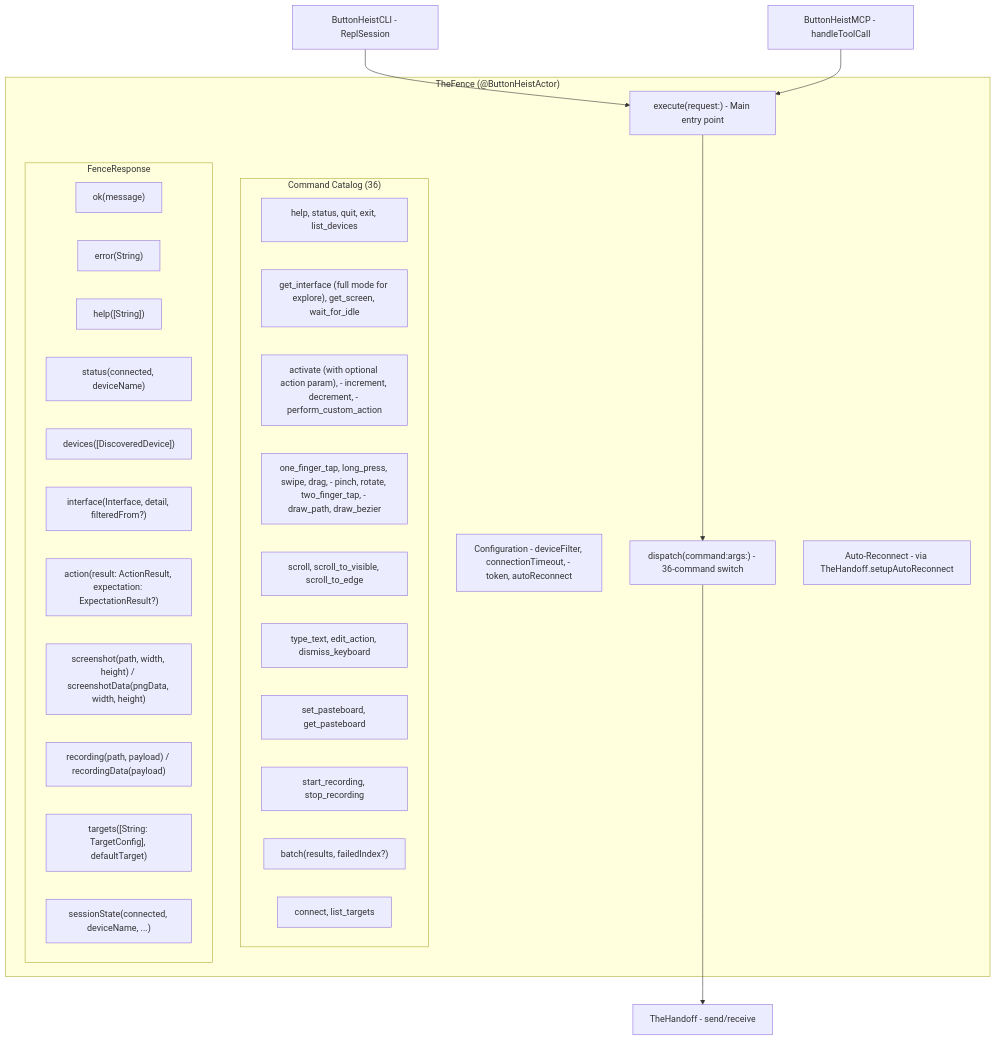
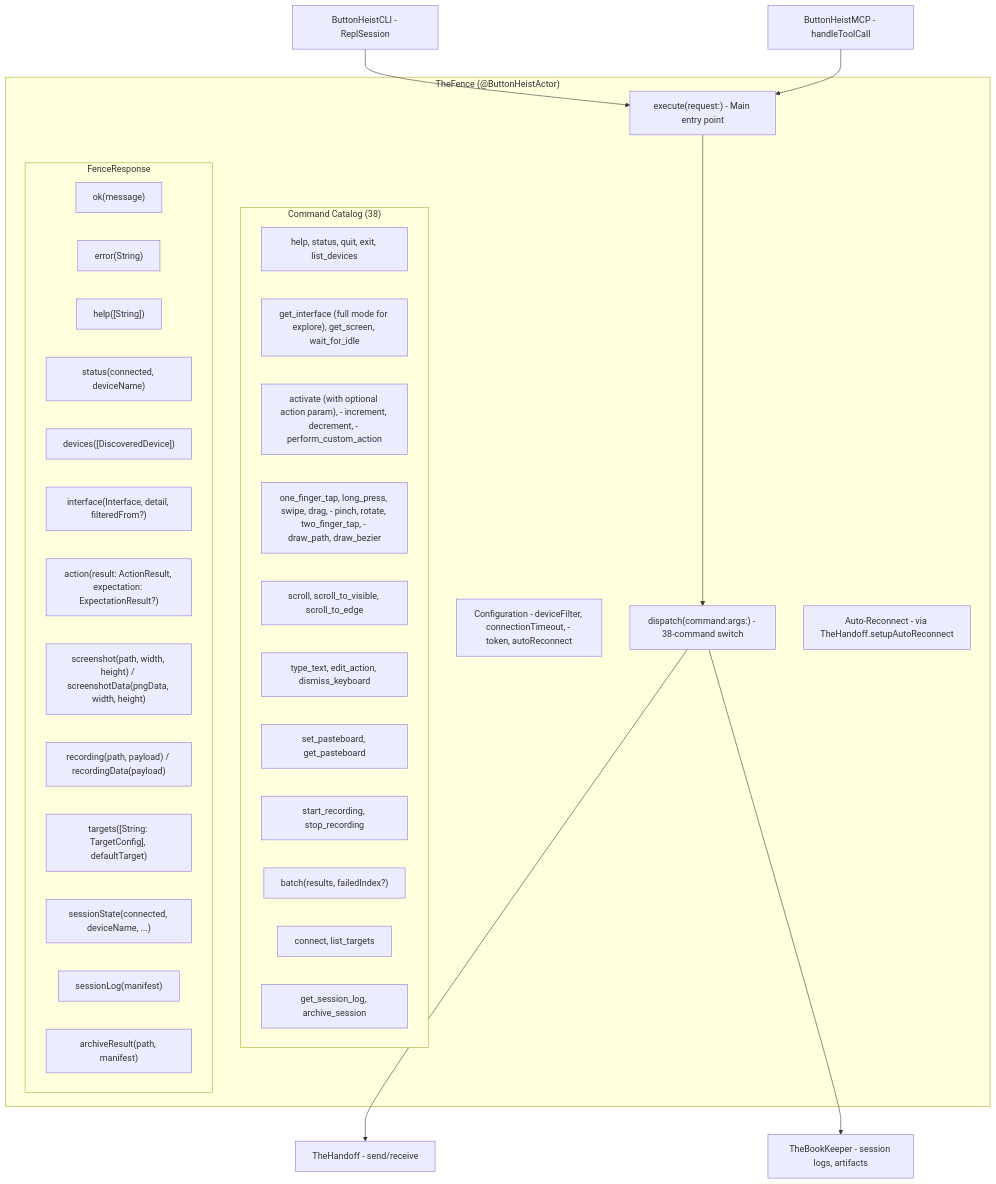
Before and after one commit to RoyalPineapple/TheButtonHeist: the first of 3 diagrams in docs/dossiers/10-THEFENCE.md, drawn with Mermaid. The commit also changed other lines of this file and 20 other files, not shown here.

First line of the commit message:
feat: TheBookKeeper — session logs, artifacts, compression (#210)

````diff
--- a/docs/dossiers/10-THEFENCE.md
+++ b/docs/dossiers/10-THEFENCE.md
@@ -25,42 +26,46 @@
 ```mermaid
 graph TD
     subgraph TheFence["TheFence (@ButtonHeistActor)"]
         Config["Configuration - deviceFilter, connectionTimeout, - token, autoReconnect"]
         Execute["execute(request:) - Main entry point"]
-        Dispatch["dispatch(command:args:) - 36-command switch"]
+        Dispatch["dispatch(command:args:) - 38-command switch"]
         Reconnect["Auto-Reconnect - via TheHandoff.setupAutoReconnect"]
 
-        subgraph Commands["Command Catalog (36)"]
+        subgraph Commands["Command Catalog (38)"]
             Conn["help, status, quit, exit, list_devices"]
             IF["get_interface (full mode for explore), get_screen, wait_for_idle"]
             Access["activate (with optional action param), - increment, decrement, - perform_custom_action"]
             Gesture["one_finger_tap, long_press, swipe, drag, - pinch, rotate, two_finger_tap, - draw_path, draw_bezier"]
             Scroll["scroll, scroll_to_visible, scroll_to_edge"]
             Text["type_text, edit_action, dismiss_keyboard"]
             Pasteboard["set_pasteboard, get_pasteboard"]
             Rec["start_recording, stop_recording"]
             Batch["run_batch, get_session_state, wait_for"]
             Target["connect, list_targets"]
+            BookKeeper["get_session_log, archive_session"]
         end
 
         subgraph Response["FenceResponse"]
             Ok["ok(message)"]
             Err["error(String)"]
             Help["help([String])"]
             Status["status(connected, deviceName)"]
             DevList["devices([DiscoveredDevice])"]
             IFResp["interface(Interface, detail, filteredFrom?)"]
             Action["action(result: ActionResult, expectation: ExpectationResult?)"]
             Screenshot["screenshot(path, width, height) / screenshotData(pngData, width, height)"]
             Recording["recording(path, payload) / recordingData(payload)"]
             Targets["targets([String: TargetConfig], defaultTarget)"]
             Batch["batch(results, failedIndex?)"]
             SessionState["sessionState(connected, deviceName, ...)"]
+            SessionLog["sessionLog(manifest)"]
+            ArchiveResult["archiveResult(path, manifest)"]
         end
     end
 
     CLI["ButtonHeistCLI - ReplSession"] --> Execute
     MCP["ButtonHeistMCP - handleToolCall"] --> Execute
     Execute --> Dispatch
     Dispatch --> Client["TheHandoff - send/receive"]
+    Dispatch --> BookKeeperObj["TheBookKeeper - session logs, artifacts"]
 ```
````
